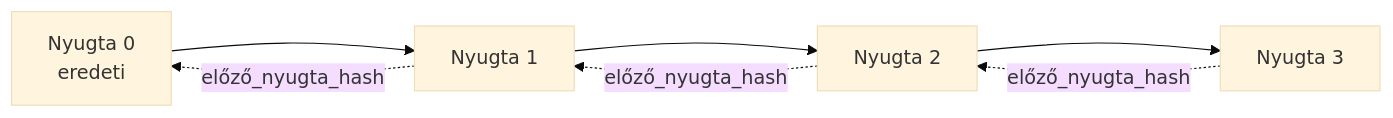
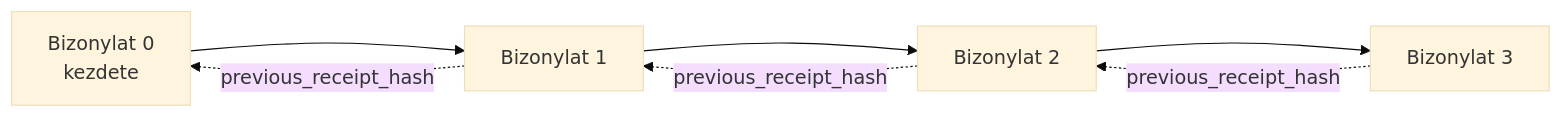
The second of 2 diagrams in translations/hu/18-securing-ai-agents/README.md (microsoft/ai-agents-for-beginners), drawn with Mermaid (base theme) before and after one commit. The commit also changed other lines of this file and 222 other files, not shown here.

````diff
--- a/translations/hu/18-securing-ai-agents/README.md
+++ b/translations/hu/18-securing-ai-agents/README.md
@@ -206,9 +206,9 @@
 ```mermaid
 flowchart LR
-    R0[Nyugta 0<br/>eredeti] --> R1[Nyugta 1]
-    R1 --> R2[Nyugta 2]
-    R2 --> R3[Nyugta 3]
-    R1 -. előző_nyugta_hash .-> R0
-    R2 -. előző_nyugta_hash .-> R1
-    R3 -. előző_nyugta_hash .-> R2
+    R0[Bizonylat 0<br/>kezdete] --> R1[Bizonylat 1]
+    R1 --> R2[Bizonylat 2]
+    R2 --> R3[Bizonylat 3]
+    R1 -. previous_receipt_hash .-> R0
+    R2 -. previous_receipt_hash .-> R1
+    R3 -. previous_receipt_hash .-> R2
 ```
````
